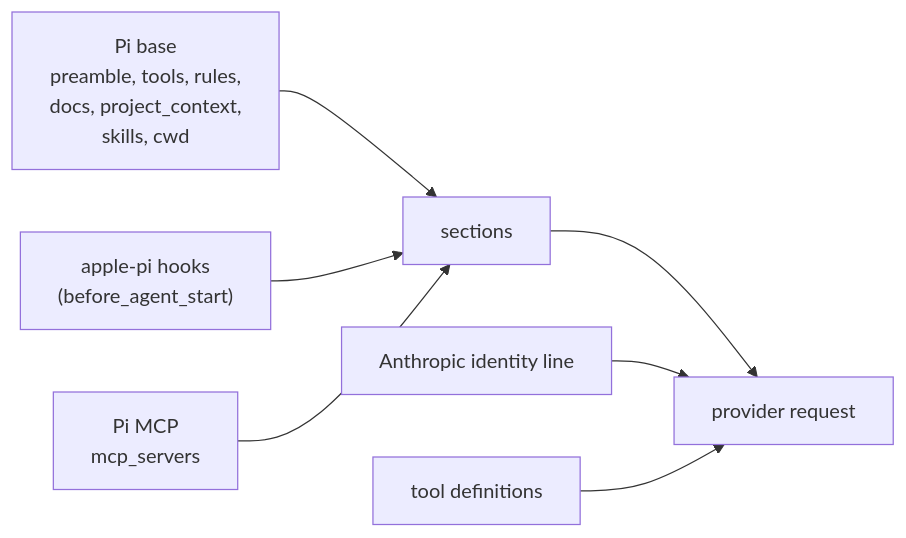
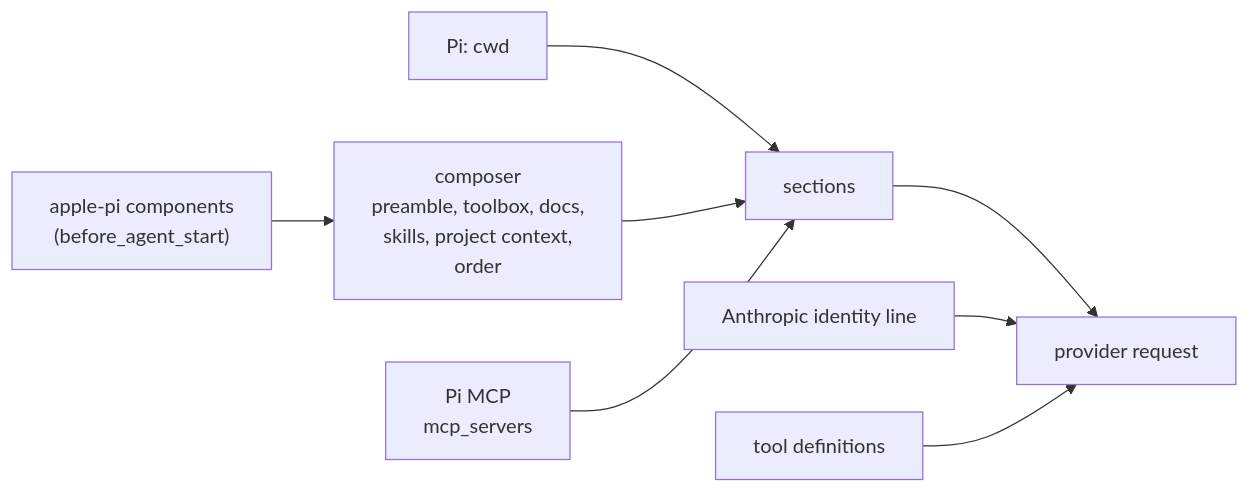
One commit to z3z1ma/apple-pi changed the diagram in .ledger/202611032038-custom-system-prompt/current-prompt/README.md. Above: the diagram before and after it, drawn with Mermaid. The commit also changed other lines of this file and 17 other files, not shown here.

````diff
--- a/.ledger/202611032038-custom-system-prompt/current-prompt/README.md
+++ b/.ledger/202611032038-custom-system-prompt/current-prompt/README.md
@@ -23,9 +23,10 @@
 ```mermaid
 flowchart LR
-  A["Pi base<br/>preamble, tools, rules,<br/>docs, project_context,<br/>skills, cwd"] --> C["sections"]
-  B["apple-pi hooks<br/>(before_agent_start)"] --> C
+  B["apple-pi components<br/>(before_agent_start)"] --> S["composer<br/>preamble, toolbox, docs,<br/>skills, project context,<br/>order"]
+  A["Pi: cwd"] --> C["sections"]
+  S --> C
   M["Pi MCP<br/>mcp_servers"] --> C
   C --> P["provider request"]
   I["Anthropic identity line"] --> P
   T["tool definitions"] --> P
 ```
````
